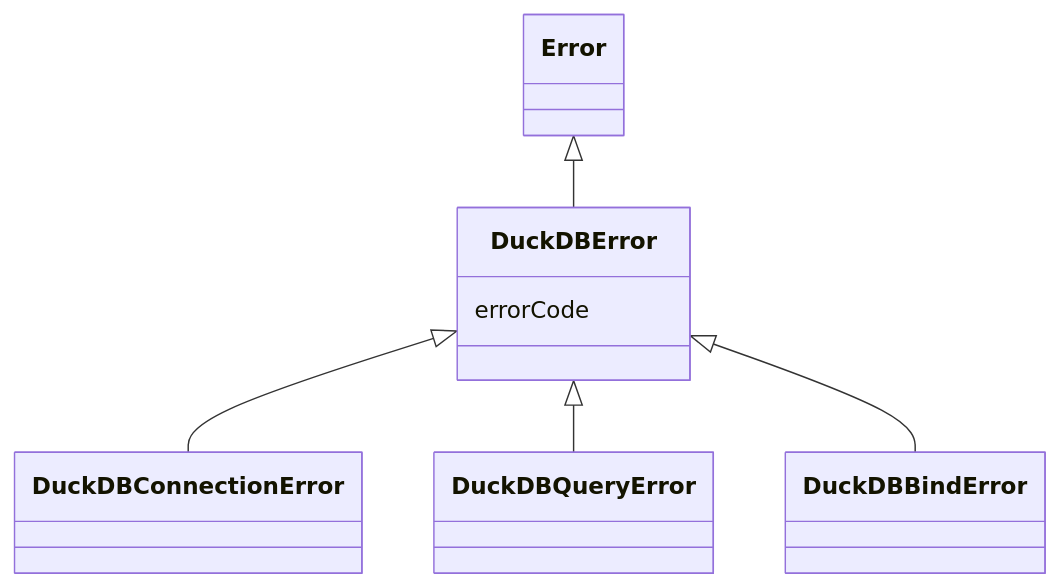
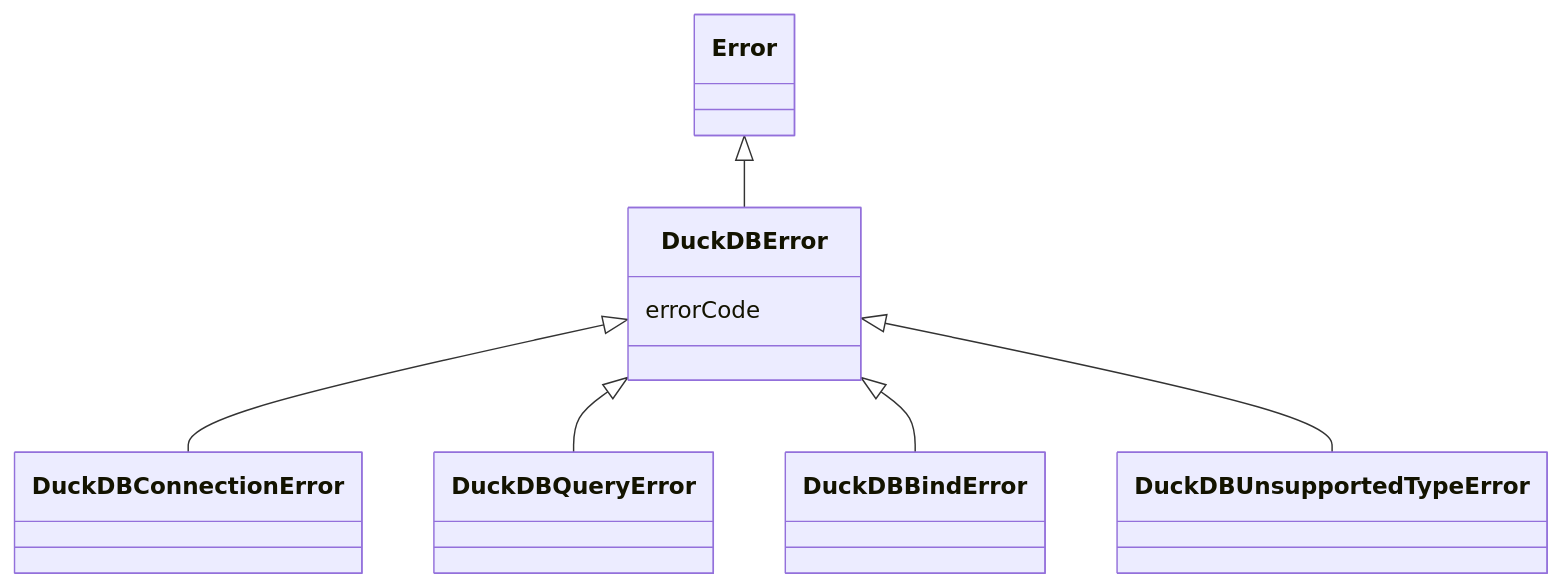
The third of 3 diagrams in docs/architecture.ja.md (newapplesho/duckdb-smalltalk), drawn with Mermaid before and after one commit. The commit also changed other lines of this file and 17 other files, not shown here.

````diff
--- a/docs/architecture.ja.md
+++ b/docs/architecture.ja.md
@@ -119,10 +119,11 @@
 ```mermaid
 classDiagram
     Error <|-- DuckDBError
     DuckDBError <|-- DuckDBConnectionError
     DuckDBError <|-- DuckDBQueryError
     DuckDBError <|-- DuckDBBindError
+    DuckDBError <|-- DuckDBUnsupportedTypeError
     class DuckDBError {
         errorCode
     }
 ```
````
